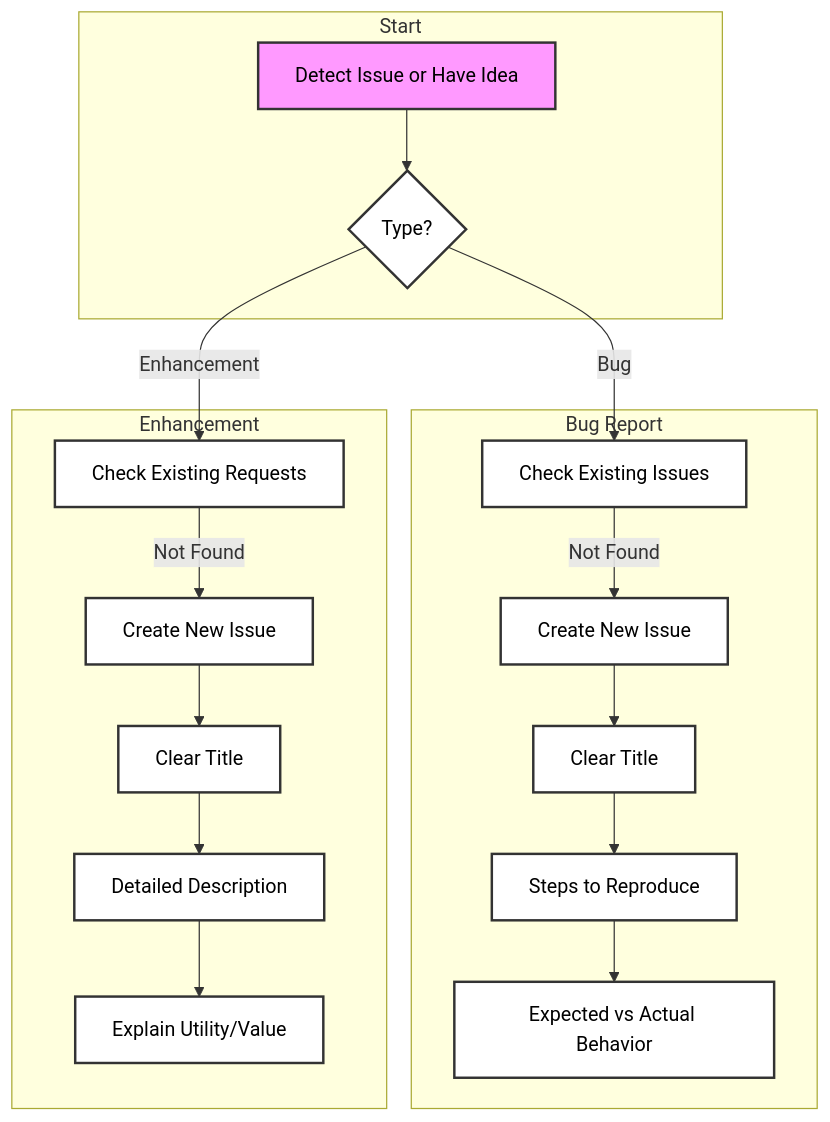
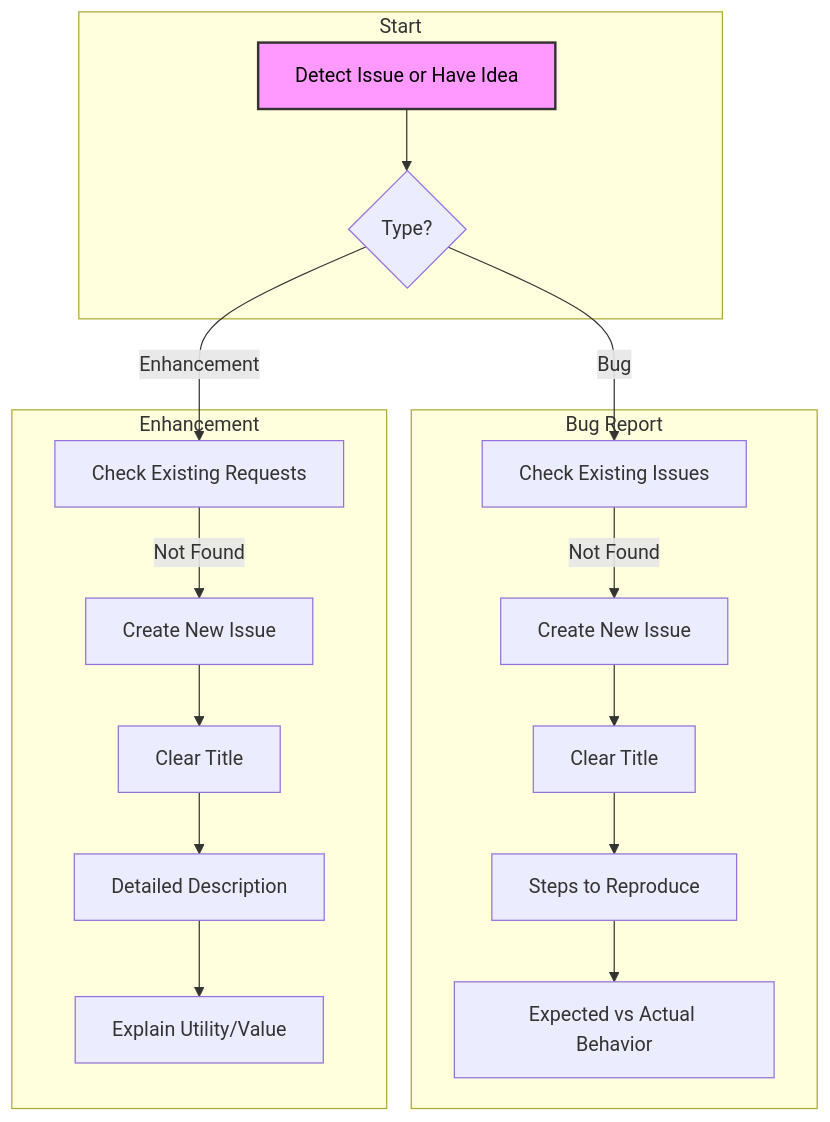
The first of 2 diagrams in CONTRIBUTING.md (ranveerminhas0/nxtgencore), drawn with Mermaid before and after one commit. The commit also changed other lines of this file, not shown here.

````diff
--- a/CONTRIBUTING.md
+++ b/CONTRIBUTING.md
@@ -15,27 +15,24 @@
 ```mermaid
 graph TD
-    classDef default fill:#fff,stroke:#333,stroke-width:2px,color:#000;
-    
     subgraph "Start"
         A[Detect Issue or Have Idea] --> B{Type?}
     end
 
     subgraph "Bug Report"
         B -->|Bug| C[Check Existing Issues]
         C -->|Not Found| D[Create New Issue]
         D --> D1[Clear Title]
         D1 --> D2[Steps to Reproduce]
         D2 --> D3[Expected vs Actual Behavior]
     end
 
     subgraph "Enhancement"
         B -->|Enhancement| E[Check Existing Requests]
         E -->|Not Found| F[Create New Issue]
         F --> F1[Clear Title]
         F1 --> F2[Detailed Description]
         F2 --> F3[Explain Utility/Value]
     end
 
-    class A,B,C,D,D1,D2,D3,E,F,F1,F2,F3 default;
     style A fill:#f9f,stroke:#333,stroke-width:2px,color:#000
 ```
````
